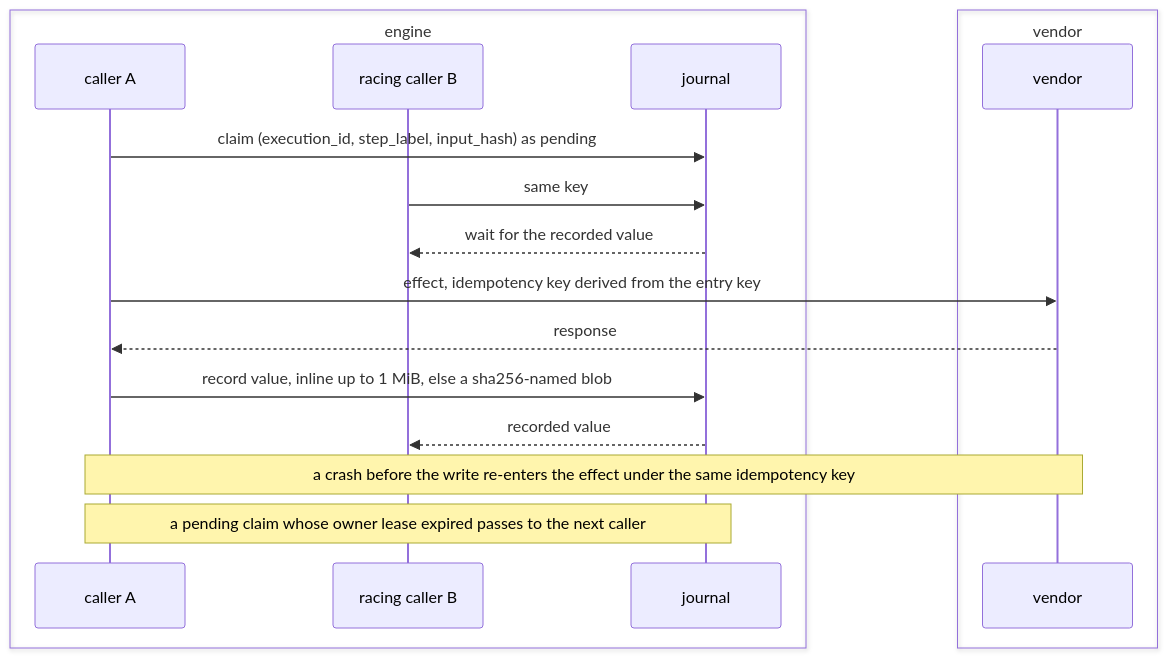
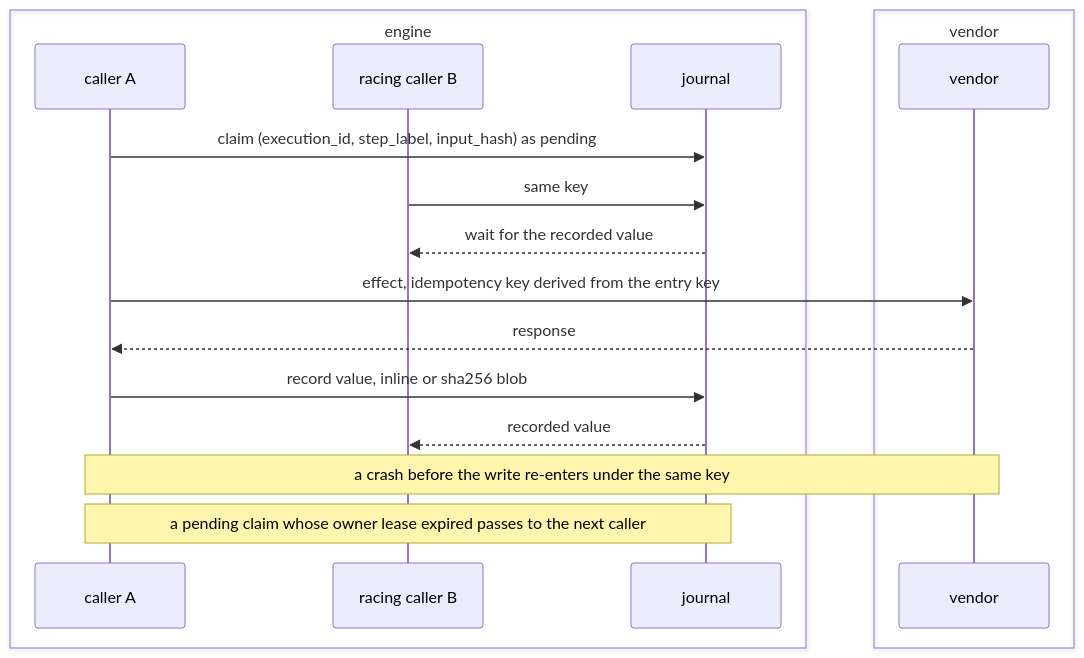
Before and after one commit to fractalboxdev/contextful: the second of 6 diagrams in spec/30-run.md, drawn with Mermaid. The commit also changed other lines of this file and 31 other files, not shown here.

First line of the commit message:
spec: every diagram draws things as nodes and what flows as labelled edges

````diff
--- a/spec/30-run.md
+++ b/spec/30-run.md
@@ -89,20 +90,20 @@
 ```mermaid
 sequenceDiagram
   box engine
     participant A as caller A
     participant B as racing caller B
     participant J as journal
   end
   box vendor
     participant V as vendor
   end
   A->>J: claim (execution_id, step_label, input_hash) as pending
   B->>J: same key
   J-->>B: wait for the recorded value
   A->>V: effect, idempotency key derived from the entry key
   V-->>A: response
-  A->>J: record value, inline up to 1 MiB, else a sha256-named blob
+  A->>J: record value, inline or sha256 blob
   J-->>B: recorded value
-  Note over A,V: a crash before the write re-enters the effect under the same idempotency key
+  Note over A,V: a crash before the write re-enters under the same key
   Note over A,J: a pending claim whose owner lease expired passes to the next caller
 ```
````
